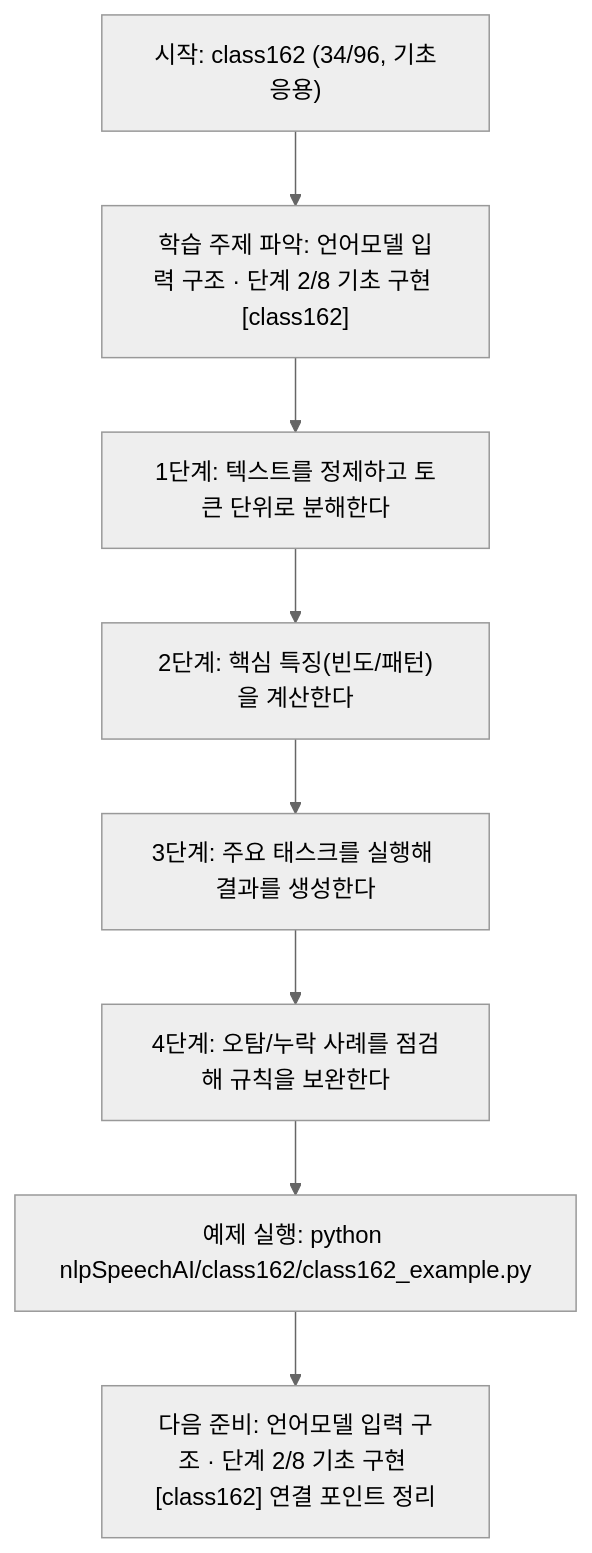
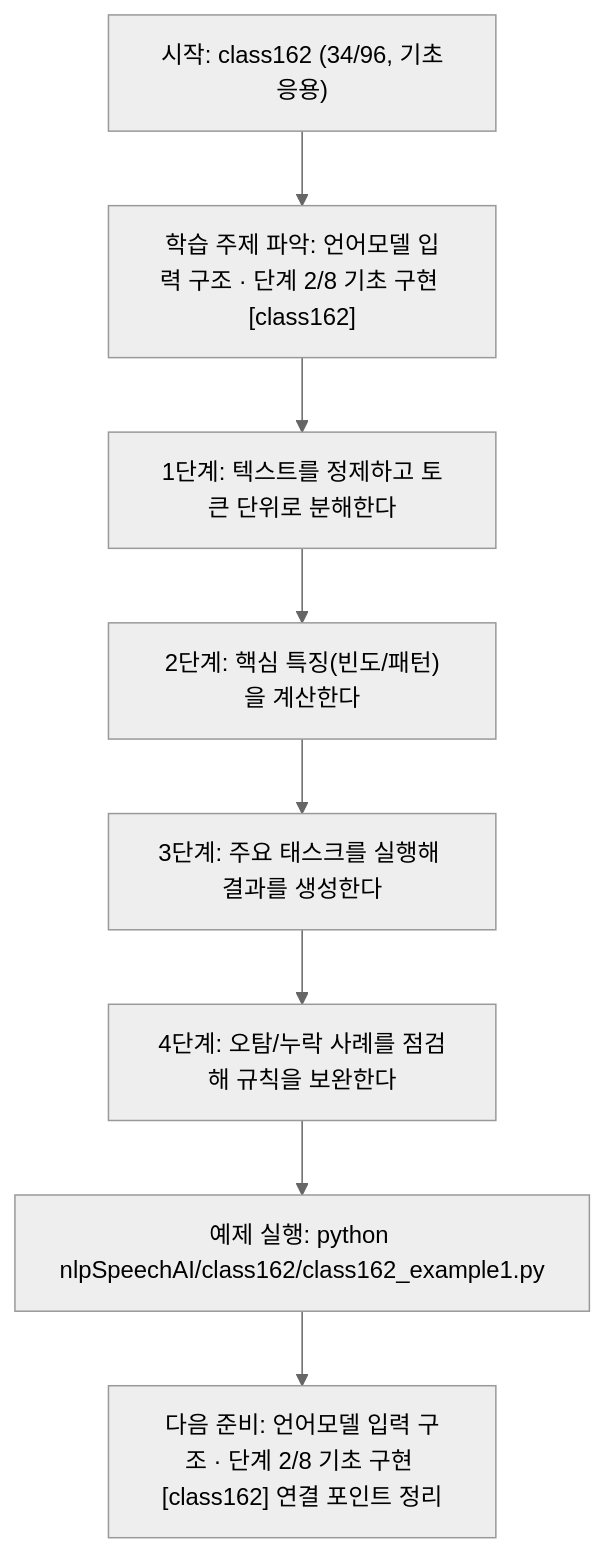
One commit to edumgt/Python-AI_Agent-Class changed the diagram in nlpSpeechAI/class162/class162.md. Above: the diagram before and after it, drawn with Mermaid (neutral theme). The commit also changed other lines of this file and 2959 other files, not shown here.

````diff
--- a/nlpSpeechAI/class162/class162.md
+++ b/nlpSpeechAI/class162/class162.md
@@ -114,18 +114,18 @@
 ```mermaid
 flowchart TD
 N1["시작: class162 (34/96, 기초응용)"]
 N2["학습 주제 파악: 언어모델 입력 구조 · 단계 2/8 기초 구현 [class162]"]
 N3["1단계: 텍스트를 정제하고 토큰 단위로 분해한다"]
 N4["2단계: 핵심 특징(빈도/패턴)을 계산한다"]
 N5["3단계: 주요 태스크를 실행해 결과를 생성한다"]
 N6["4단계: 오탐/누락 사례를 점검해 규칙을 보완한다"]
-N7["예제 실행: python nlpSpeechAI/class162/class162_example.py"]
+N7["예제 실행: python nlpSpeechAI/class162/class162_example1.py"]
 N8["다음 준비: 언어모델 입력 구조 · 단계 2/8 기초 구현 [class162] 연결 포인트 정리"]
 N1 --> N2
 N2 --> N3
 N3 --> N4
 N4 --> N5
 N5 --> N6
 N6 --> N7
 N7 --> N8
 ```
````
